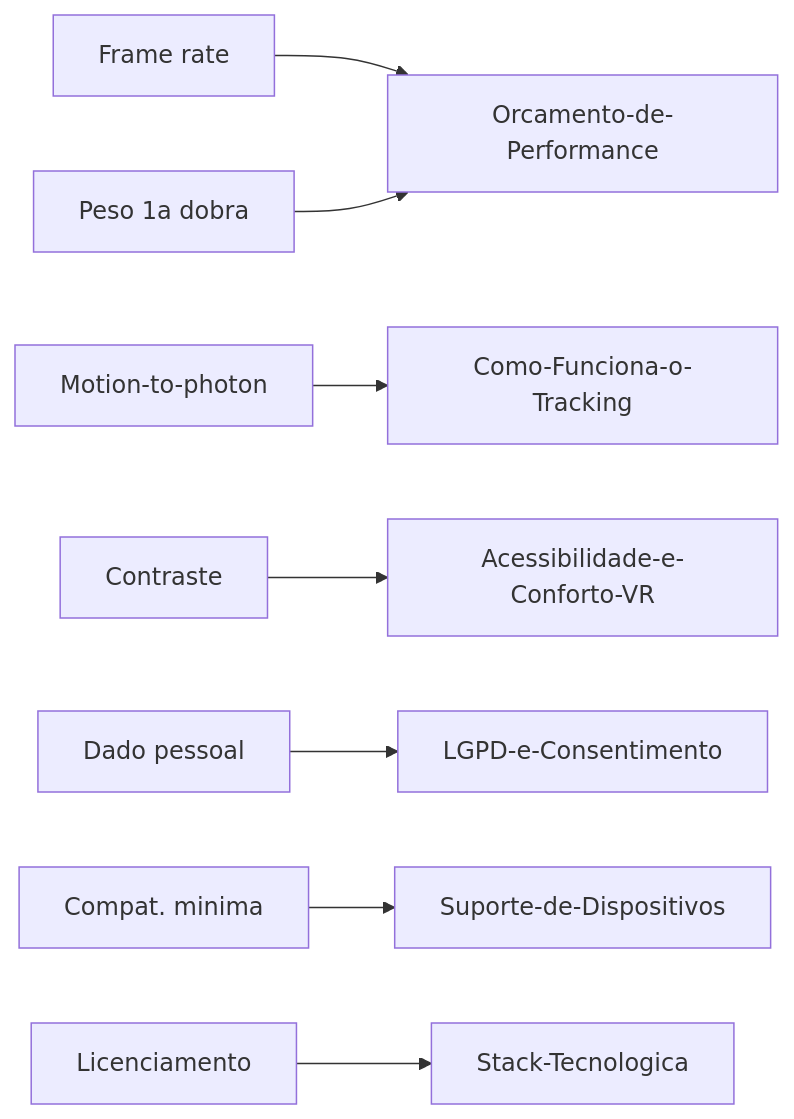
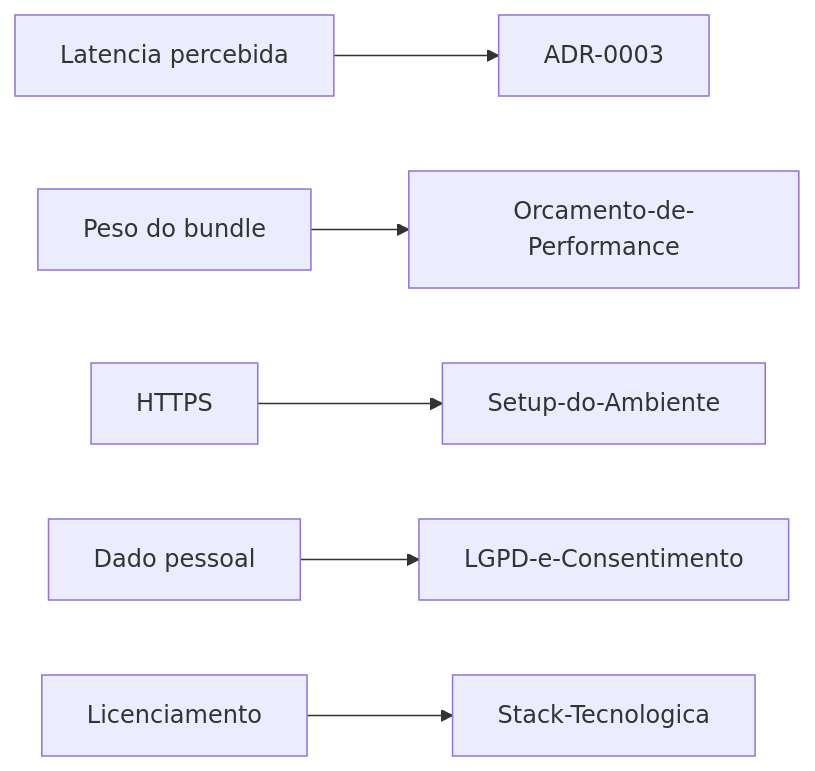
Before and after one commit to rafafrd/LP-with-VR: the diagram in docs/vault/01-Visao-Geral/Requisitos.md, drawn with Mermaid. The commit also changed other lines of this file and 17 other files, not shown here.

````diff
--- a/docs/vault/01-Visao-Geral/Requisitos.md
+++ b/docs/vault/01-Visao-Geral/Requisitos.md
@@ -41,10 +45,8 @@
 ```mermaid
 flowchart LR
-    RNF01[Frame rate] --> ORC[Orcamento-de-Performance]
-    RNF02[Peso 1a dobra] --> ORC
-    RNF03[Motion-to-photon] --> TRK[Como-Funciona-o-Tracking]
-    RNF05[Contraste] --> ACE[Acessibilidade-e-Conforto-VR]
+    RNF01[Latencia percebida] --> ADR3[ADR-0003]
+    RNF03[Peso do bundle] --> ORC[Orcamento-de-Performance]
+    RNF06[HTTPS] --> SET[Setup-do-Ambiente]
     RNF07[Dado pessoal] --> LGPD[LGPD-e-Consentimento]
-    RNF08[Compat. minima] --> SUP[Suporte-de-Dispositivos]
     RNF10[Licenciamento] --> STK[Stack-Tecnologica]
 ```
````
